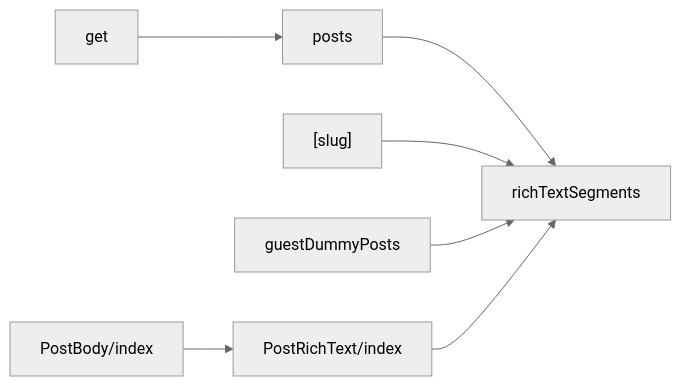
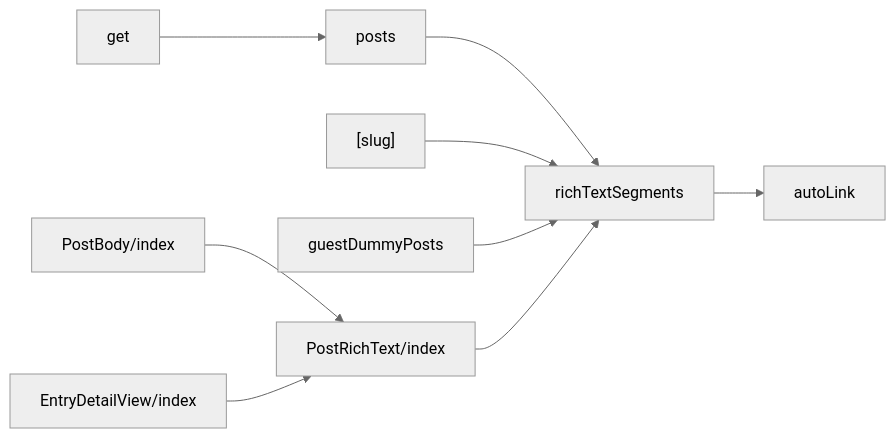
Before and after one commit to nekono-dev/skyshare: the first of 2 diagrams in specs/post-rich-text/design.md, drawn with Mermaid (neutral theme). The commit also changed other lines of this file and 11 other files, not shown here.

````diff
--- a/specs/post-rich-text/design.md
+++ b/specs/post-rich-text/design.md
@@ -19,9 +21,11 @@
 ```mermaid
 flowchart LR
   posts --> richTextSegments
   slug["[slug]"] --> richTextSegments
   guestDummyPosts --> richTextSegments
   pbi["PostBody/index"] --> prti["PostRichText/index"]
   prti --> richTextSegments
+  richTextSegments --> autoLink
+  edvi["EntryDetailView/index"] --> prti
   get --> posts
 ```
````
